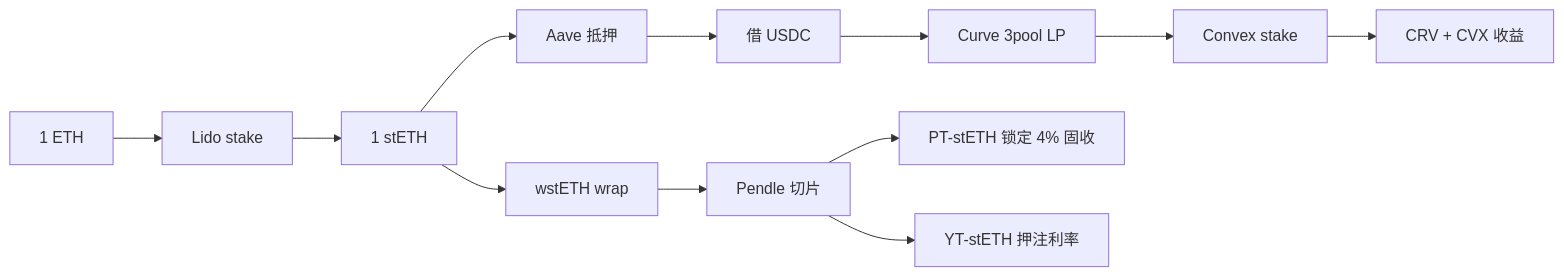
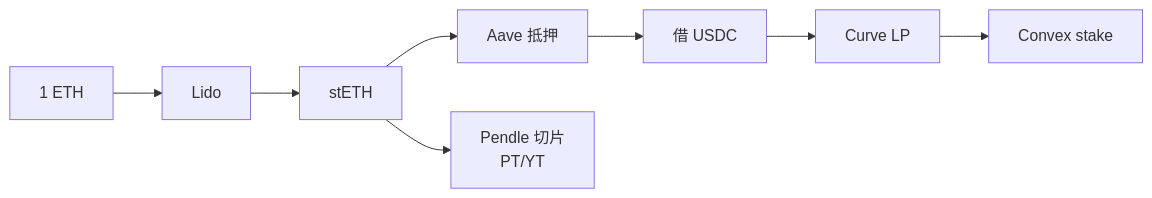
The first of 20 diagrams in web3-engineer-guide/06-DeFi协议工程/README.md (ChuwuYo/misc-files), drawn with Mermaid before and after one commit. The commit also changed other lines of this file and 211 other files, not shown here.

````diff
--- a/web3-engineer-guide/06-DeFi协议工程/README.md
+++ b/web3-engineer-guide/06-DeFi协议工程/README.md
@@ -109,14 +80,10 @@
 ```mermaid
 flowchart LR
-    A[1 ETH] --> B[Lido stake]
-    B --> C[1 stETH]
+    A[1 ETH] --> B[Lido]
+    B --> C[stETH]
     C --> D[Aave 抵押]
     D --> E[借 USDC]
-    E --> F[Curve 3pool LP]
+    E --> F[Curve LP]
     F --> G[Convex stake]
-    G --> H[CRV + CVX 收益]
-    C --> I[wstETH wrap]
-    I --> J[Pendle 切片]
-    J --> K[PT-stETH 锁定 4% 固收]
-    J --> L[YT-stETH 押注利率]
+    C --> J[Pendle 切片<br/>PT/YT]
 ```
````
